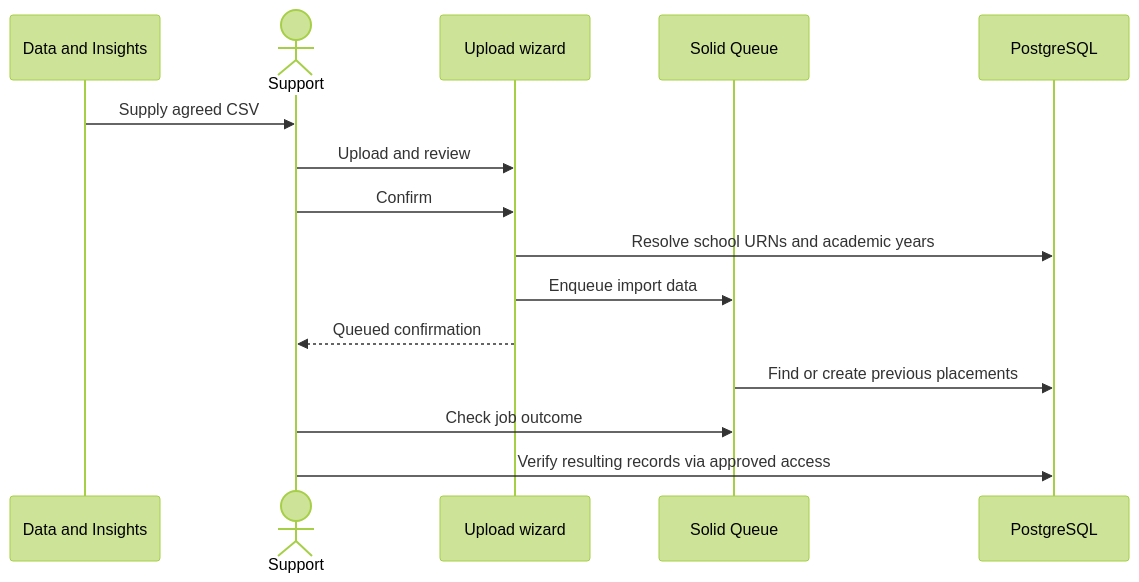
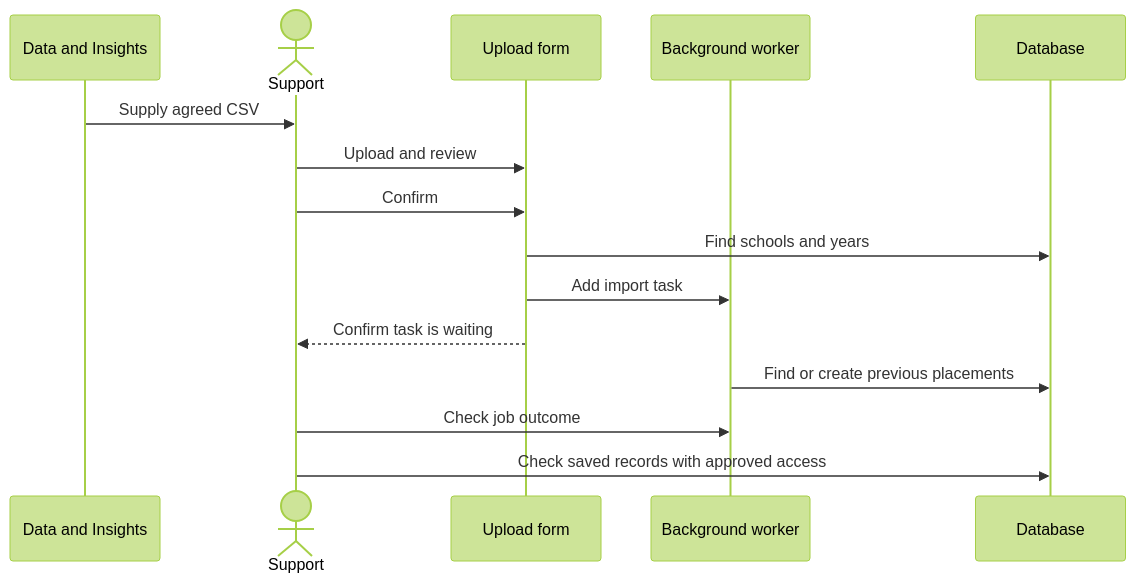
One commit to DFE-Digital/find-placement-schools changed the diagram in docs/runbooks/data-imports.md. Above: the diagram before and after it, drawn with Mermaid (forest theme). The commit also changed other lines of this file and 15 other files, not shown here.

````diff
--- a/docs/runbooks/data-imports.md
+++ b/docs/runbooks/data-imports.md
@@ -33,17 +45,17 @@
 ```mermaid
 sequenceDiagram
   participant Data as Data and Insights
   actor Support
-  participant Wizard as Upload wizard
-  participant Queue as Solid Queue
-  participant DB as PostgreSQL
+  participant Wizard as Upload form
+  participant Queue as Background worker
+  participant DB as Database
   Data->>Support: Supply agreed CSV
   Support->>Wizard: Upload and review
   Support->>Wizard: Confirm
-  Wizard->>DB: Resolve school URNs and academic years
-  Wizard->>Queue: Enqueue import data
-  Wizard-->>Support: Queued confirmation
+  Wizard->>DB: Find schools and years
+  Wizard->>Queue: Add import task
+  Wizard-->>Support: Confirm task is waiting
   Queue->>DB: Find or create previous placements
   Support->>Queue: Check job outcome
-  Support->>DB: Verify resulting records via approved access
+  Support->>DB: Check saved records with approved access
 ```
````
